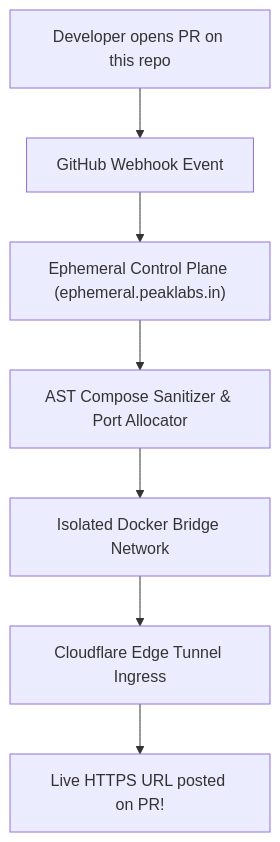
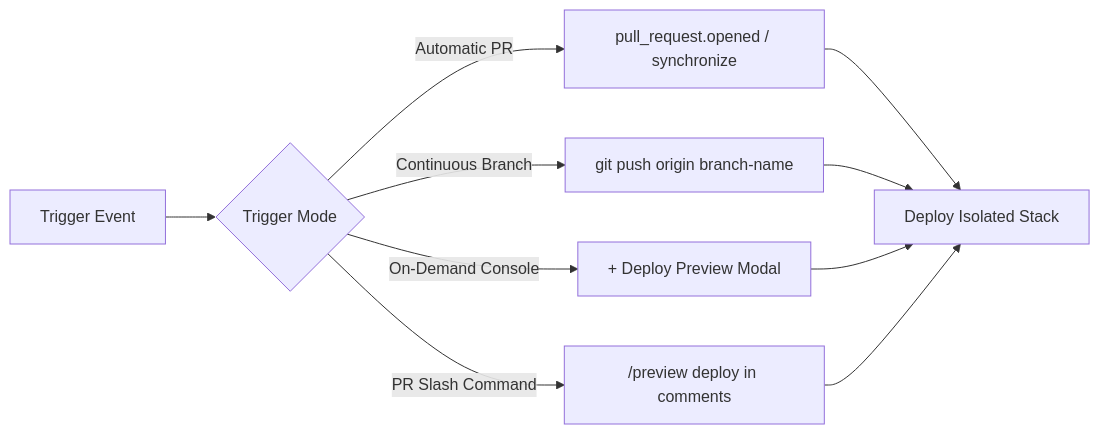
One commit to mehaksandhudev/ephemeral-preview-demo changed the second of 2 diagrams in README.md. Above: the diagram before and after it, drawn with Mermaid. The commit also changed other lines of this file and 1 other file, not shown here.

Commit message:
docs: expand demo repo documentation suite with full architecture, benchmarks and about metadata

````diff
--- a/README.md
+++ b/README.md
@@ -55,9 +155,12 @@
 ```mermaid
-flowchart TD
-    A["Developer opens PR on this repo"] --> B["GitHub Webhook Event"]
-    B --> C["Ephemeral Control Plane (ephemeral.peaklabs.in)"]
-    C --> D["AST Compose Sanitizer & Port Allocator"]
-    D --> E["Isolated Docker Bridge Network"]
-    E --> F["Cloudflare Edge Tunnel Ingress"]
-    F --> G["Live HTTPS URL posted on PR!"]
+graph LR
+    A["Trigger Event"] --> B{"Trigger Mode"}
+    B -->|"Automatic PR"| C["pull_request.opened / synchronize"]
+    B -->|"Continuous Branch"| D["git push origin branch-name"]
+    B -->|"On-Demand Console"| E["+ Deploy Preview Modal"]
+    B -->|"PR Slash Command"| F["/preview deploy in comments"]
+    C --> G["Deploy Isolated Stack"]
+    D --> G
+    E --> G
+    F --> G
 ```
````
